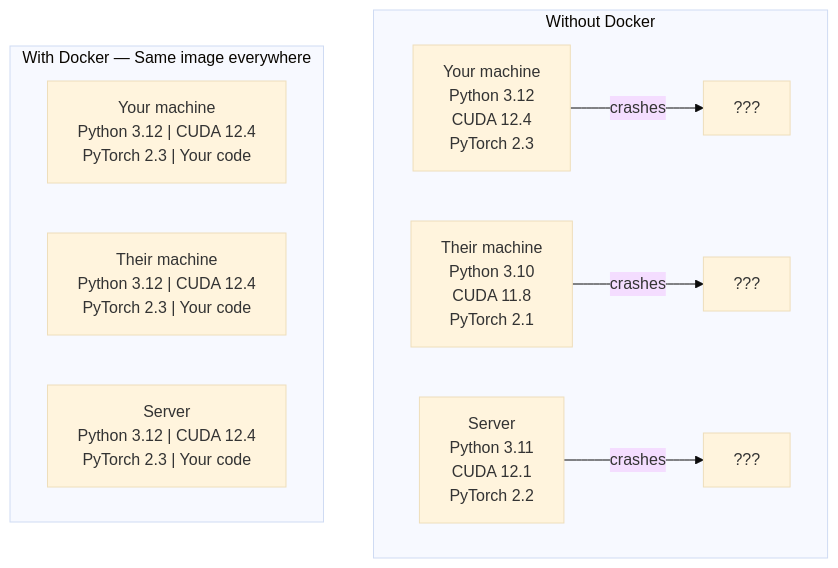
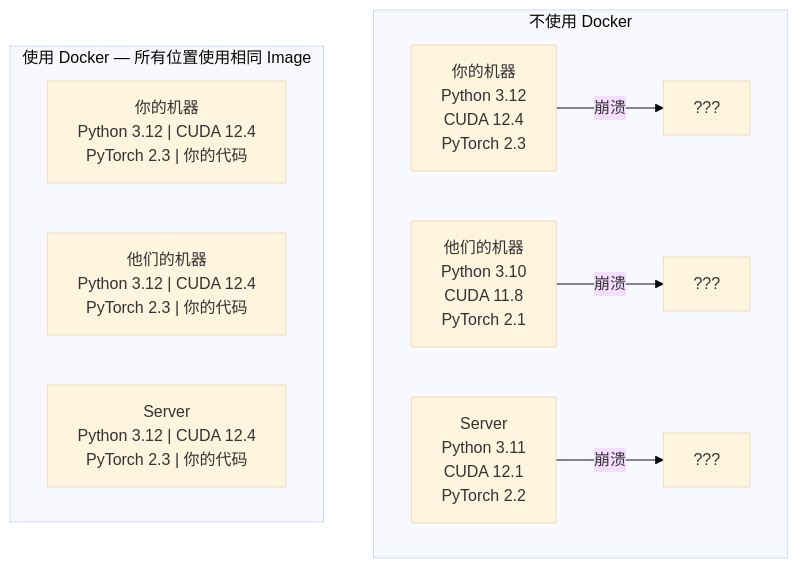
The diagram in phases/00-setup-and-tooling/07-docker-for-ai/docs/en.md (cluster1900/ai-engineering-from-scratch-zh), drawn with Mermaid (base theme) before and after one commit. The commit also changed other lines of this file and 2 other files, not shown here.

````diff
--- a/phases/00-setup-and-tooling/07-docker-for-ai/docs/en.md
+++ b/phases/00-setup-and-tooling/07-docker-for-ai/docs/en.md
@@ -27,14 +27,14 @@
 ```mermaid
 graph TD
-    subgraph without["Without Docker"]
-        A1["Your machine<br/>Python 3.12<br/>CUDA 12.4<br/>PyTorch 2.3"] -->|crashes| X1["???"]
-        A2["Their machine<br/>Python 3.10<br/>CUDA 11.8<br/>PyTorch 2.1"] -->|crashes| X2["???"]
-        A3["Server<br/>Python 3.11<br/>CUDA 12.1<br/>PyTorch 2.2"] -->|crashes| X3["???"]
+    subgraph without["不使用 Docker"]
+        A1["你的机器<br/>Python 3.12<br/>CUDA 12.4<br/>PyTorch 2.3"] -->|崩溃| X1["???"]
+        A2["他们的机器<br/>Python 3.10<br/>CUDA 11.8<br/>PyTorch 2.1"] -->|崩溃| X2["???"]
+        A3["Server<br/>Python 3.11<br/>CUDA 12.1<br/>PyTorch 2.2"] -->|崩溃| X3["???"]
     end
 
-    subgraph with_docker["With Docker — Same image everywhere"]
-        B1["Your machine<br/>Python 3.12 | CUDA 12.4<br/>PyTorch 2.3 | Your code"]
-        B2["Their machine<br/>Python 3.12 | CUDA 12.4<br/>PyTorch 2.3 | Your code"]
-        B3["Server<br/>Python 3.12 | CUDA 12.4<br/>PyTorch 2.3 | Your code"]
+    subgraph with_docker["使用 Docker — 所有位置使用相同 Image"]
+        B1["你的机器<br/>Python 3.12 | CUDA 12.4<br/>PyTorch 2.3 | 你的代码"]
+        B2["他们的机器<br/>Python 3.12 | CUDA 12.4<br/>PyTorch 2.3 | 你的代码"]
+        B3["Server<br/>Python 3.12 | CUDA 12.4<br/>PyTorch 2.3 | 你的代码"]
     end
 ```
````
